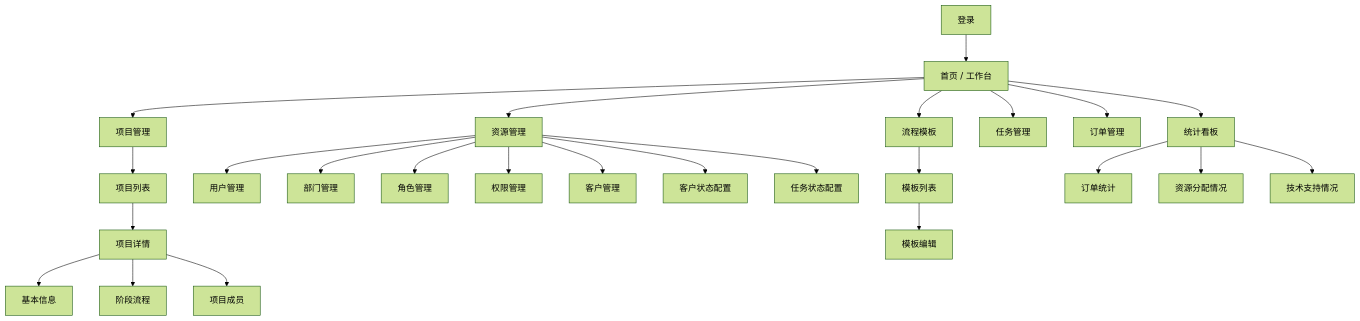
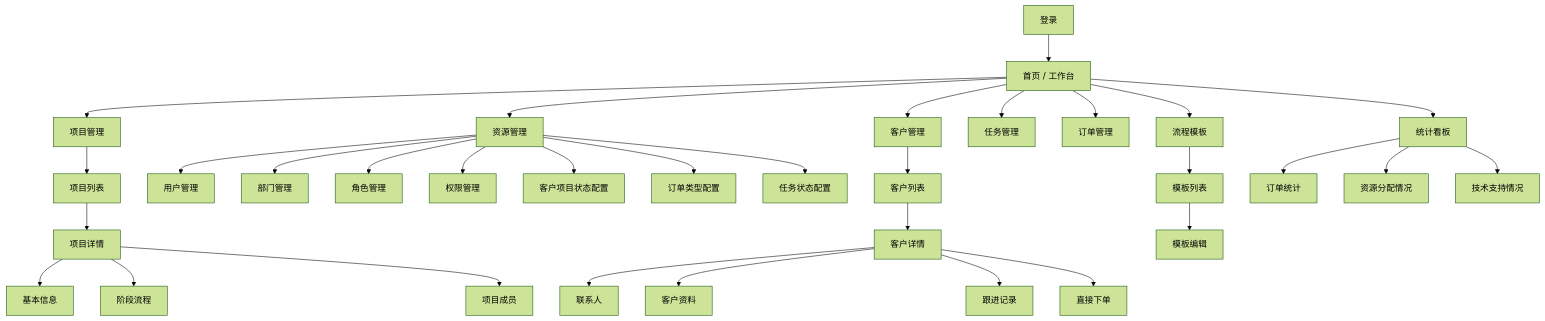
The first of 3 diagrams in docs/02-prototype/prototype-notes.md (KozenSupport/KPM), drawn with Mermaid (forest theme) before and after one commit. The commit also changed other lines of this file and 172 other files, not shown here.

````diff
--- a/docs/02-prototype/prototype-notes.md
+++ b/docs/02-prototype/prototype-notes.md
@@ -17,31 +17,39 @@
 ```mermaid
 flowchart TD
     A[登录] --> B[首页 / 工作台]
     B --> C[项目管理]
     B --> D[资源管理]
     B --> E[流程模板]
     B --> F[任务管理]
     B --> G[订单管理]
     B --> H[统计看板]
+    B --> I[客户管理]
 
     C --> C1[项目列表]
     C1 --> C2[项目详情]
     C2 --> C21[基本信息]
     C2 --> C22[阶段流程]
     C2 --> C23[项目成员]
 
     D --> D1[用户管理]
     D --> D2[部门管理]
     D --> D3[角色管理]
     D --> D4[权限管理]
-    D --> D5[客户管理]
-    D --> D6[客户状态配置]
+    D --> D5[客户项目状态配置]
+    D --> D6[订单类型配置]
     D --> D7[任务状态配置]
+
+    I --> I1[客户列表]
+    I1 --> I2[客户详情]
+    I2 --> I21[联系人]
+    I2 --> I22[客户资料]
+    I2 --> I23[跟进记录]
+    I2 --> I24[直接下单]
 
     E --> E1[模板列表]
     E1 --> E2[模板编辑]
 
     H --> H1[订单统计]
     H --> H2[资源分配情况]
     H --> H3[技术支持情况]
 ```
````
